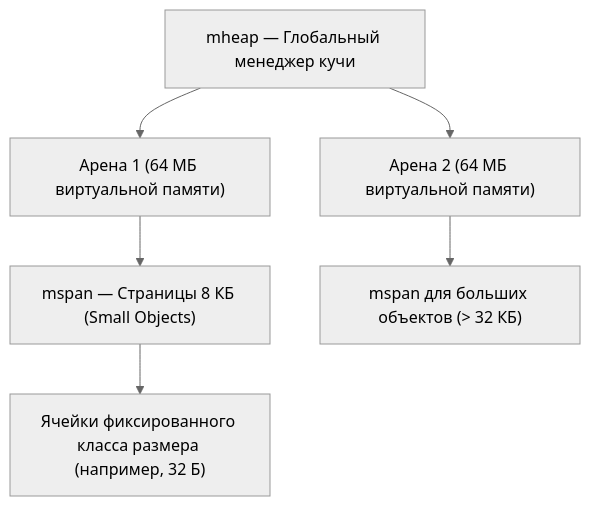
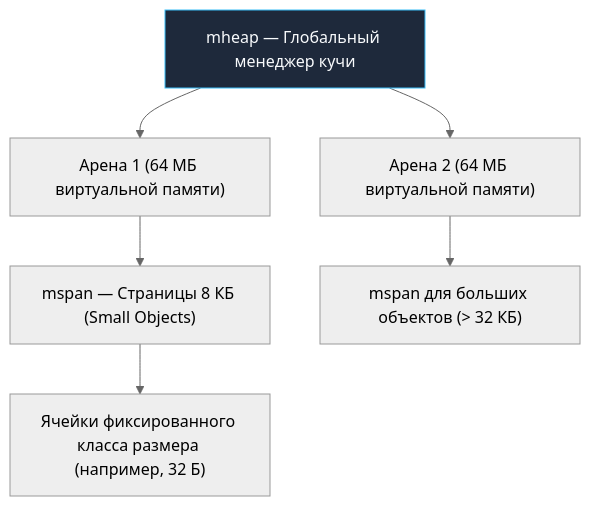
The second of 2 diagrams in sources/16. Профилирование, отладка и производительность/04. Memory profiling/1. Memory model Go.md (UnrealTemplier/go-textbook), drawn with Mermaid (neutral theme) before and after one commit. The commit also changed other lines of this file and 1666 other files, not shown here.

First line of the commit message:
feat(mermaid): add semantic color classDef to 1369 colorless flowchart/graph diagrams

````diff
--- a/sources/16. Профилирование, отладка и производительность/04. Memory profiling/1. Memory model Go.md
+++ b/sources/16. Профилирование, отладка и производительность/04. Memory profiling/1. Memory model Go.md
@@ -120,8 +130,18 @@
 ```mermaid
 flowchart TD
-    MHeap["mheap — Глобальный менеджер кучи"] --> Arena1["Арена 1 (64 МБ виртуальной памяти)"]
+    classDef process  fill:#1e293b,stroke:#38bdf8,stroke-width:1px,color:#f8fafc
+    classDef success  fill:#064e3b,stroke:#34d399,stroke-width:1px,color:#f8fafc
+    classDef error    fill:#7f1d1d,stroke:#f87171,stroke-width:1px,color:#f8fafc
+    classDef warning  fill:#78350f,stroke:#fbbf24,stroke-width:1px,color:#f8fafc
+    classDef entry    fill:#1e3a5f,stroke:#38bdf8,stroke-width:2px,color:#f8fafc
+    classDef aux      fill:#334155,stroke:#64748b,stroke-width:1px,color:#f8fafc
+    classDef system   fill:#312e81,stroke:#a78bfa,stroke-width:1px,color:#f8fafc
+    classDef data     fill:#132d29,stroke:#2dd4bf,stroke-width:1px,color:#f8fafc
+    classDef network  fill:#881337,stroke:#fb7185,stroke-width:1px,color:#f8fafc
+    classDef accent   fill:#1e1b4b,stroke:#818cf8,stroke-width:1px,color:#f8fafc
+    MHeap["mheap — Глобальный менеджер кучи"]:::process --> Arena1["Арена 1 (64 МБ виртуальной памяти)"]
     MHeap --> Arena2["Арена 2 (64 МБ виртуальной памяти)"]
     Arena1 --> Span1["mspan — Страницы 8 КБ (Small Objects)"]
     Span1 --> Obj["Ячейки фиксированного класса размера (например, 32 Б)"]
     Arena2 --> Span2["mspan для больших объектов (> 32 КБ)"]
 ```
````
